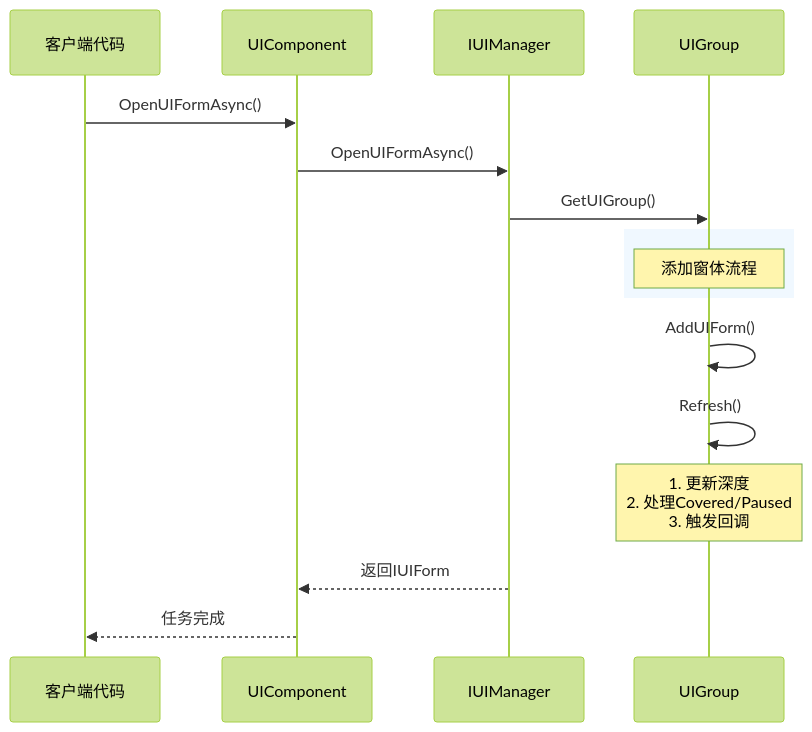
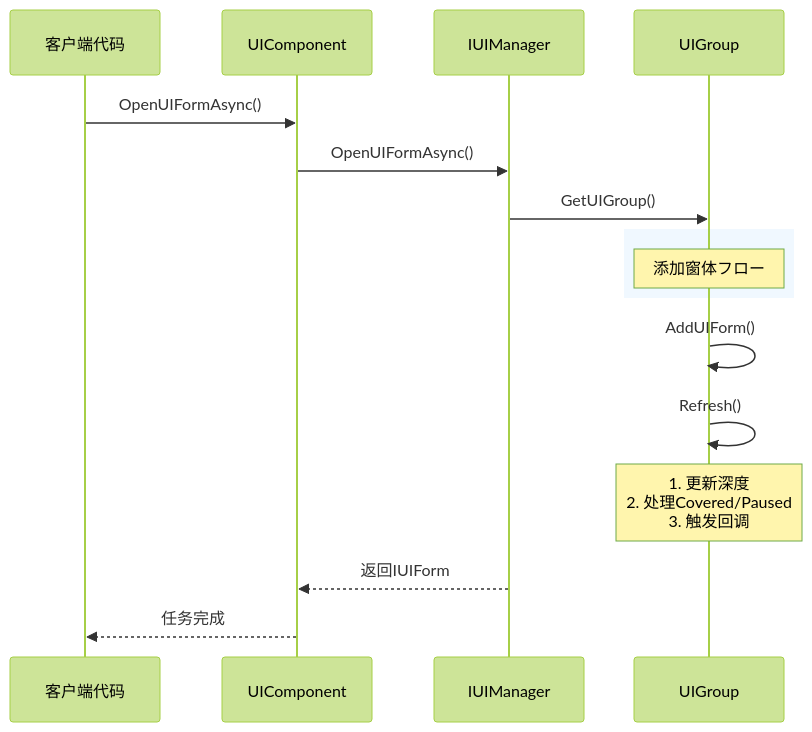
One commit to AlianBlank/GameFrameX.Docs changed the third of 4 diagrams in docs/ja/client/unity/component/ui/07.ui-group.md. Above: the diagram before and after it, drawn with Mermaid (forest theme). The commit also changed other lines of this file and 603 other files, not shown here.

````diff
--- a/docs/ja/client/unity/component/ui/07.ui-group.md
+++ b/docs/ja/client/unity/component/ui/07.ui-group.md
@@ -188,22 +188,22 @@
 ```mermaid
 sequenceDiagram
     participant Client as 客户端代码
     participant UIComp as UIComponent
     participant Manager as IUIManager
     participant Group as UIGroup
     
     Client->>UIComp: OpenUIFormAsync()
     UIComp->>Manager: OpenUIFormAsync()
     Manager->>Group: GetUIGroup()
     
     rect rgb(240, 248, 255)
-        Note over Group: 添加窗体流程
+        Note over Group: 添加窗体フロー
     end
     
     Group->>Group: AddUIForm()
     Group->>Group: Refresh()
     Note over Group: 1. 更新深度<br/>2. 处理Covered/Paused<br/>3. 触发回调
     
     Manager-->>UIComp: 返回IUIForm
     UIComp-->>Client: 任务完成
 ```
````
